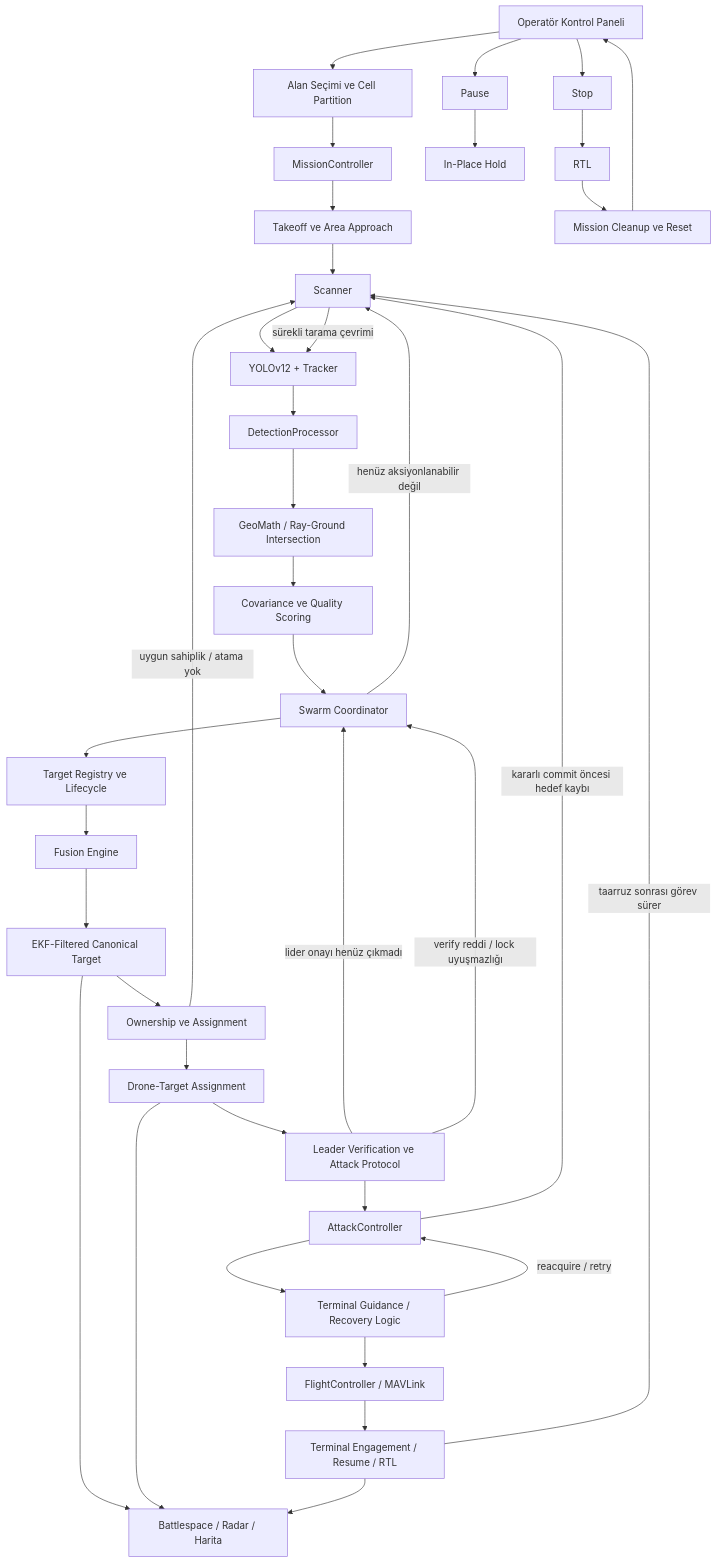
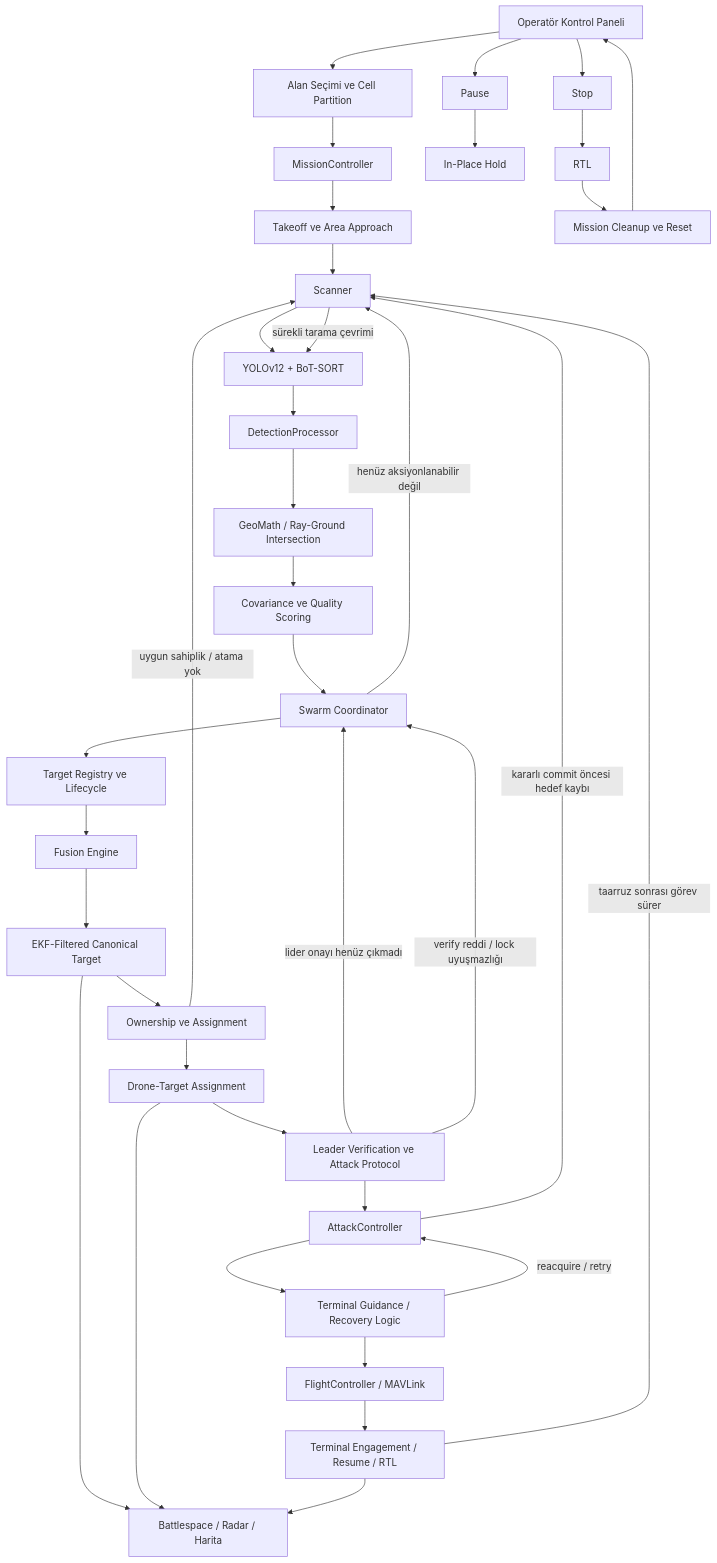
Before and after one commit to koesan/ORCUS: the third of 4 diagrams in README.md, drawn with Mermaid. The commit also changed other lines of this file, not shown here.

````diff
--- a/README.md
+++ b/README.md
@@ -417,43 +436,43 @@
 ```mermaid
 flowchart TD
     A[Operatör Kontrol Paneli] --> B[Alan Seçimi ve Cell Partition]
     B --> C[MissionController]
     C --> D[Takeoff ve Area Approach]
     D --> E[Scanner]
-    E --> F[YOLOv12 + Tracker]
+    E --> F[YOLOv12 + BoT-SORT]
     F --> G[DetectionProcessor]
     G --> H[GeoMath / Ray-Ground Intersection]
     H --> I[Covariance ve Quality Scoring]
     I --> J[Swarm Coordinator]
 
     J --> K[Target Registry ve Lifecycle]
     K --> L[Fusion Engine]
     L --> M[EKF-Filtered Canonical Target]
     M --> N[Ownership ve Assignment]
     N --> O[Drone-Target Assignment]
     O --> P[Leader Verification ve Attack Protocol]
     P --> Q[AttackController]
     Q --> R[Terminal Guidance / Recovery Logic]
     R --> S[FlightController / MAVLink]
     S --> T[Terminal Engagement / Resume / RTL]
 
     M --> U[Battlespace / Radar / Harita]
     O --> U
     T --> U
 
     E -->|sürekli tarama çevrimi| F
     J -->|henüz aksiyonlanabilir değil| E
     N -->|uygun sahiplik / atama yok| E
     P -->|lider onayı henüz çıkmadı| J
     P -->|verify reddi / lock uyuşmazlığı| J
     Q -->|kararlı commit öncesi hedef kaybı| E
     R -->|reacquire / retry| Q
     T -->|taarruz sonrası görev sürer| E
 
     A --> V[Pause]
     A --> W[Stop]
     V --> X[In-Place Hold]
     W --> Y[RTL]
     Y --> Z[Mission Cleanup ve Reset]
     Z --> A
 ```
````
